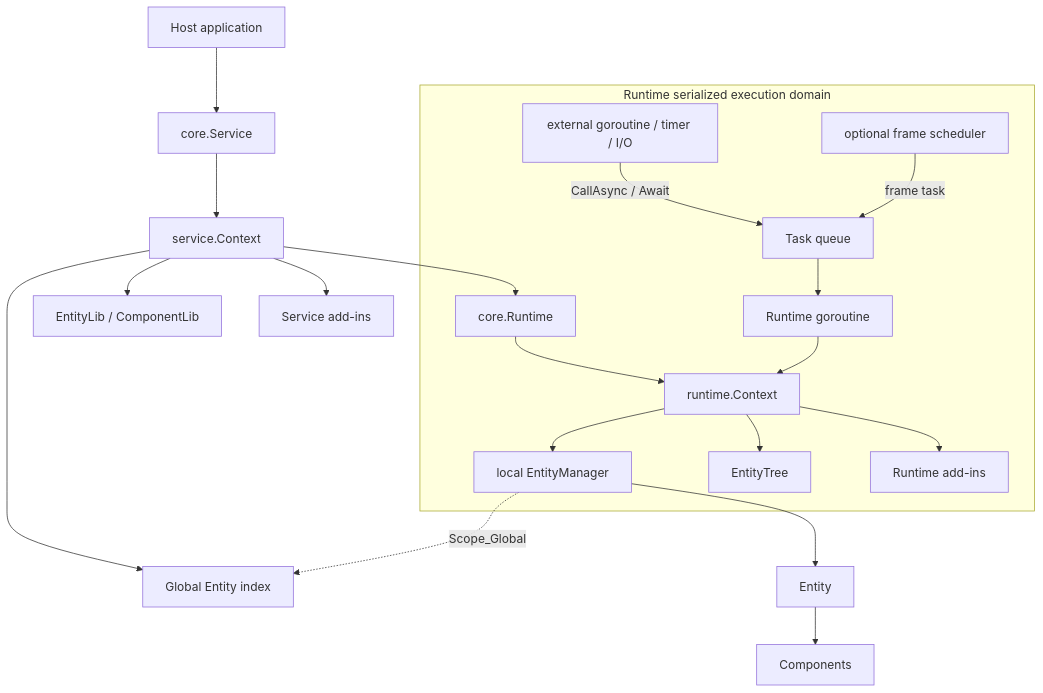
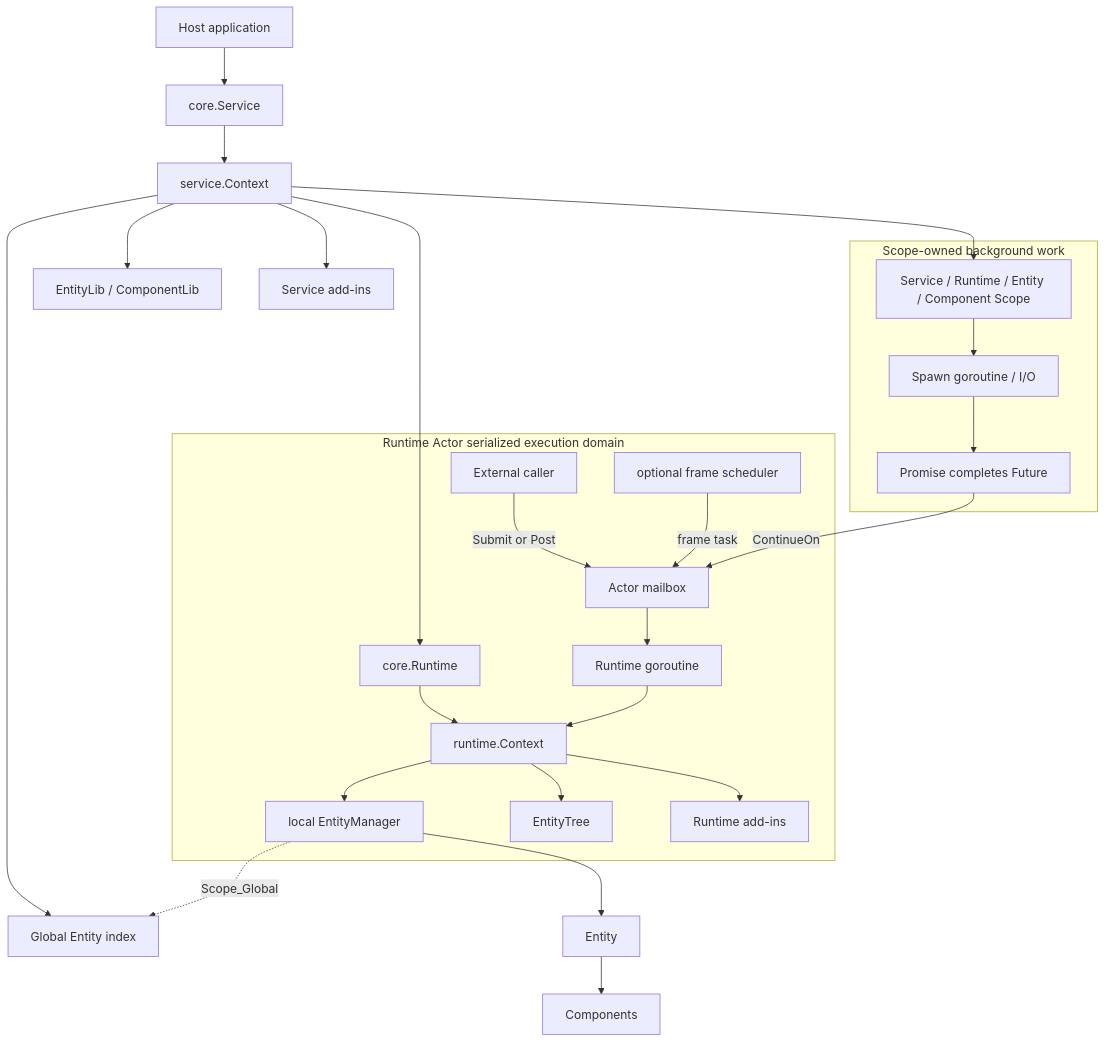
The first of 3 diagrams in README.md (pangdogs/core), drawn with Mermaid before and after one commit. The commit also changed other lines of this file and 50 other files, not shown here.

````diff
--- a/README.md
+++ b/README.md
@@ -72,24 +72,32 @@
 ```mermaid
 flowchart TB
     Host[Host application] --> ServiceObject[core.Service]
     ServiceObject --> ServiceContext[service.Context]
     ServiceContext --> PrototypeLibraries[EntityLib / ComponentLib]
     ServiceContext --> ServiceAddins[Service add-ins]
     ServiceContext --> GlobalIndex[Global Entity index]
 
-    subgraph RuntimeScope[Runtime serialized execution domain]
+    subgraph RuntimeDomain[Runtime Actor serialized execution domain]
         RuntimeObject[core.Runtime] --> RuntimeContext[runtime.Context]
-        ExternalWork[external goroutine / timer / I/O] -->|CallAsync / Await| TaskQueue[Task queue]
+        ExternalCaller[External caller] -->|Submit or Post| TaskQueue[Actor mailbox]
         FrameScheduler[optional frame scheduler] -->|frame task| TaskQueue
         TaskQueue --> RuntimeLoop[Runtime goroutine]
         RuntimeLoop --> RuntimeContext
         RuntimeContext --> LocalManager[local EntityManager]
         RuntimeContext --> EntityTree[EntityTree]
         RuntimeContext --> RuntimeAddins[Runtime add-ins]
     end
 
     ServiceContext --> RuntimeObject
     LocalManager --> Entity[Entity]
     Entity --> Component[Components]
     LocalManager -.->|Scope_Global| GlobalIndex
+
+    subgraph AsyncWork[Scope-owned background work]
+        LifetimeScope[Service / Runtime / Entity / Component Scope] --> SpawnTask[Spawn goroutine / I/O]
+        SpawnTask --> Promise[Promise completes Future]
+    end
+
+    ServiceContext --> LifetimeScope
+    Promise -->|ContinueOn| TaskQueue
 ```
````
